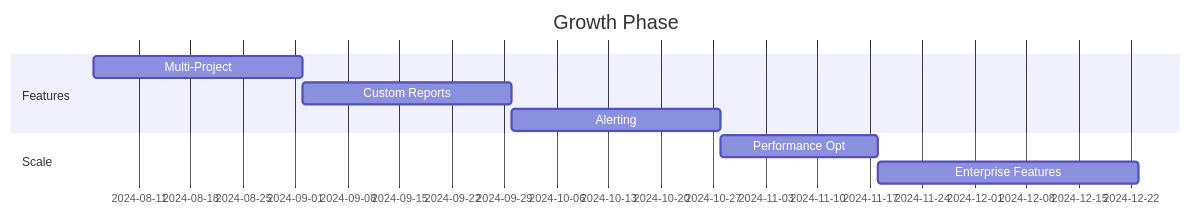
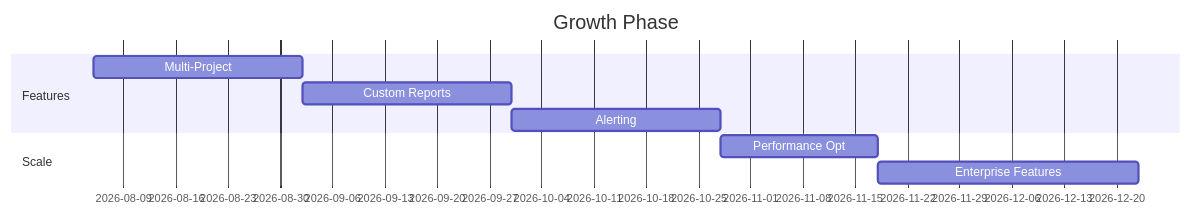
The ninth of 9 diagrams in docs/SAAS_PROJECT_ROADMAP.md (opreto/jira-monte-carlo), drawn with Mermaid before and after one commit. The commit also changed other lines of this file and 22 other files, not shown here.

````diff
--- a/docs/SAAS_PROJECT_ROADMAP.md
+++ b/docs/SAAS_PROJECT_ROADMAP.md
@@ -374,12 +374,12 @@
 ```mermaid
 gantt
     title Growth Phase
     dateFormat  YYYY-MM-DD
     section Features
-    Multi-Project        :2024-08-05, 4w
-    Custom Reports       :2024-09-02, 4w
-    Alerting             :2024-09-30, 4w
+    Multi-Project        :2026-08-05, 4w
+    Custom Reports       :2026-09-02, 4w
+    Alerting             :2026-09-30, 4w
     section Scale
-    Performance Opt      :2024-10-28, 3w
-    Enterprise Features  :2024-11-18, 5w
+    Performance Opt      :2026-10-28, 3w
+    Enterprise Features  :2026-11-18, 5w
 ```
````
